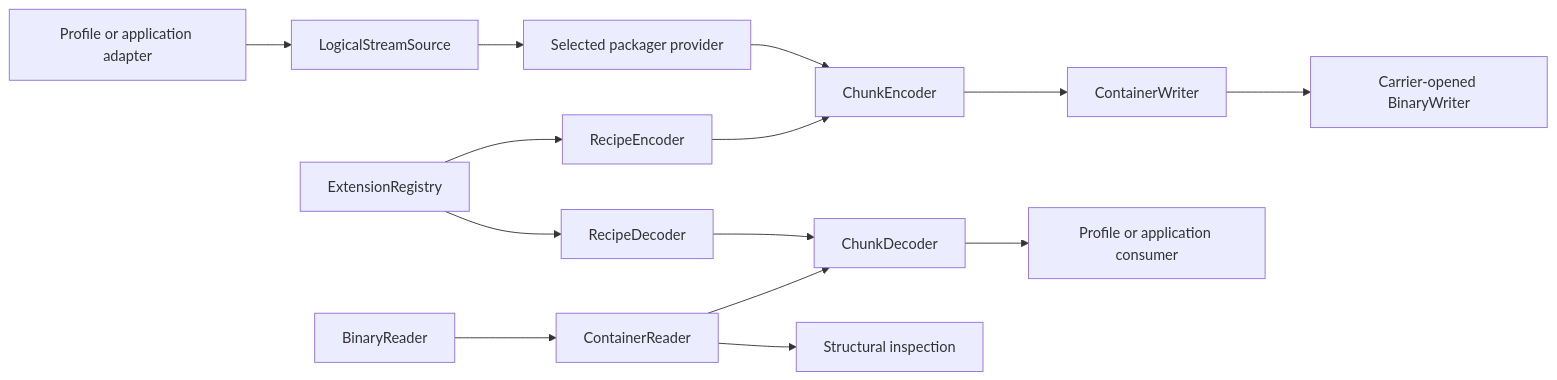
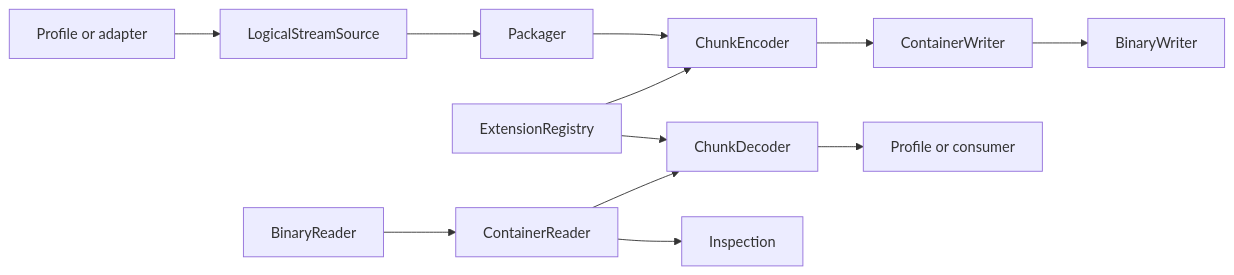
Before and after one commit to SmolBlackHole/Obst: the second of 2 diagrams in docs/design.md, drawn with Mermaid. The commit also changed other lines of this file and 73 other files, not shown here.

````diff
--- a/docs/design.md
+++ b/docs/design.md
@@ -337,17 +257,15 @@
 ```mermaid
 flowchart LR
-    Adapter["Profile or application adapter"] --> Source["LogicalStreamSource"]
-    Source --> Packager["Selected packager provider"]
-    Packager --> ChunkEncoder["ChunkEncoder"]
-    Registry["ExtensionRegistry"] --> RecipeEncoder["RecipeEncoder"]
-    RecipeEncoder --> ChunkEncoder
-    ChunkEncoder --> Writer["ContainerWriter"]
-    Writer --> Target["Carrier-opened BinaryWriter"]
+    Adapter["Profile or adapter"] --> Source["LogicalStreamSource"]
+    Source --> Packager["Packager"]
+    Packager --> Encoder["ChunkEncoder"]
+    Registry["ExtensionRegistry"] --> Encoder
+    Encoder --> Writer["ContainerWriter"]
+    Writer --> Output["BinaryWriter"]
 
     Input["BinaryReader"] --> Reader["ContainerReader"]
-    Reader --> ChunkDecoder["ChunkDecoder"]
-    Registry --> RecipeDecoder["RecipeDecoder"]
-    RecipeDecoder --> ChunkDecoder
-    ChunkDecoder --> Consumer["Profile or application consumer"]
-    Reader --> Inspector["Structural inspection"]
+    Reader --> Decoder["ChunkDecoder"]
+    Registry --> Decoder
+    Decoder --> Consumer["Profile or consumer"]
+    Reader --> Inspector["Inspection"]
 ```
````
